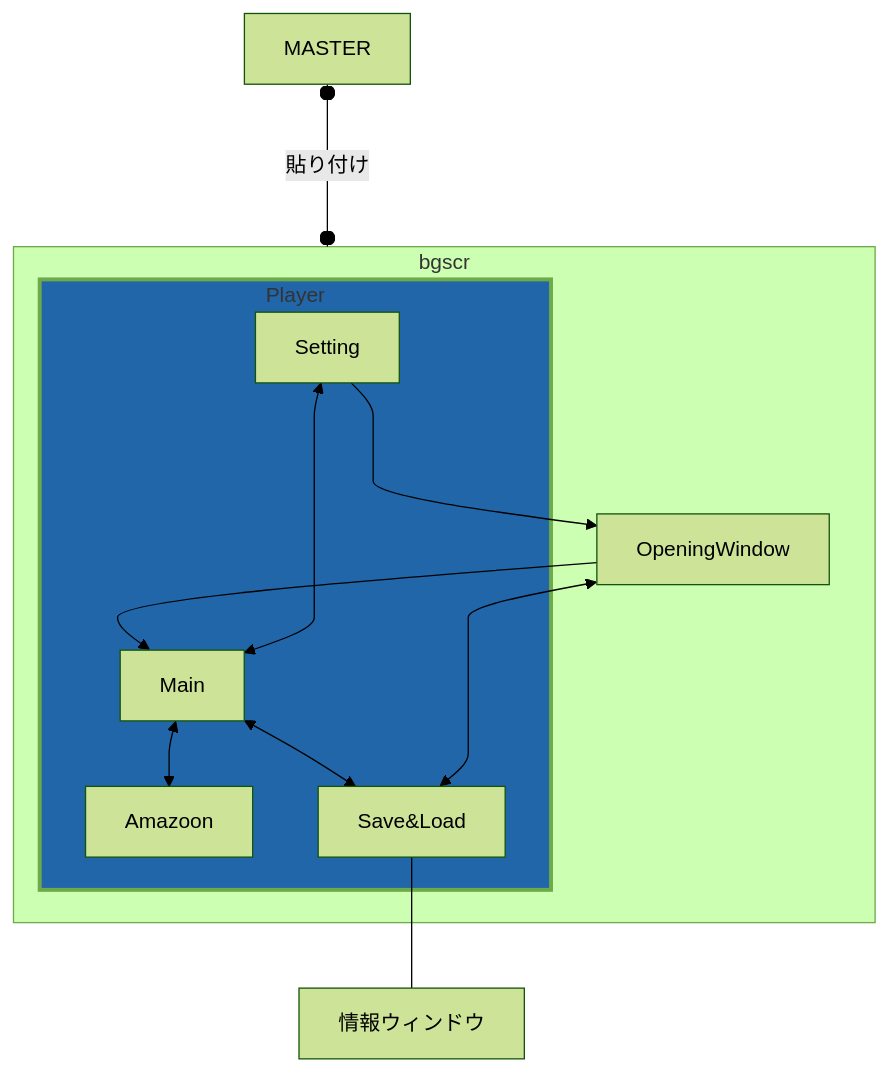
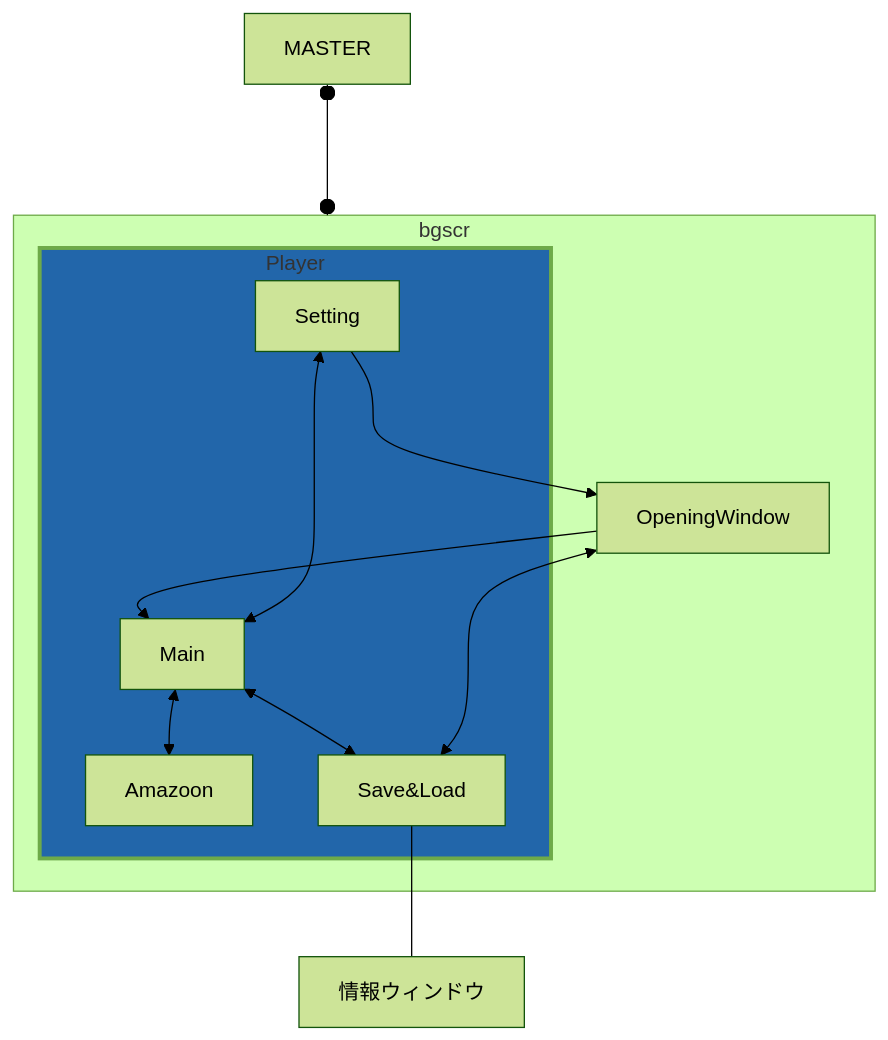
The diagram in README.md (YUZRANIUM/PC_CareingDiary), drawn with Mermaid (forest theme) before and after one commit. The commit also changed other lines of this file and 3 other files, not shown here.

````diff
--- a/README.md
+++ b/README.md
@@ -15,23 +15,17 @@
 ```mermaid
-
-%%{ init: { 'flowchart': { 'curve': 'monotoneY' } } }%%
-
 flowchart TB;
-
-	MASTER o-- 貼り付け ---o bgscr;
+	MASTER o---o bgscr;
 
 	subgraph bgscr
 		Setting ---> OpeningWindow;
 
 		subgraph id2 [Player]
 			Main <--> Setting & Amazoon & Save&Load;
 		end
 
 		OpeningWindow <--> Save&Load;
 		OpeningWindow --> Main;
 	end
-
 	Save&Load---情報ウィンドウ;
 	style id2 fill:#26a, strole:#aaa, stroke-width:3px
-
 ```
````
